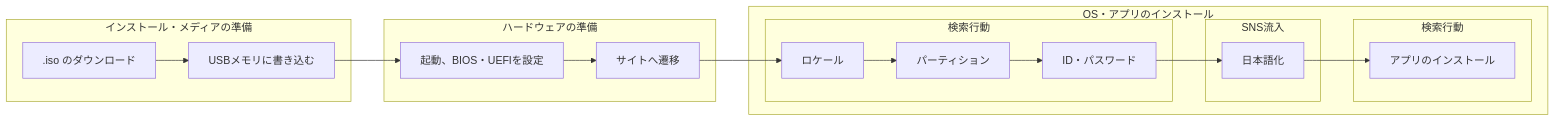
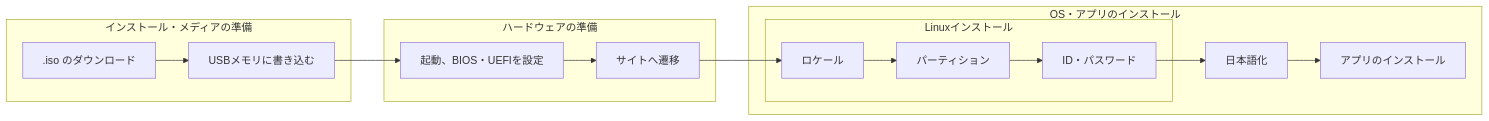
Before and after one commit to hobby-pc2026/linux-install: the diagram in linux-install-02.md, drawn with Mermaid.

````diff
--- a/linux-install-02.md
+++ b/linux-install-02.md
@@ -3,26 +3,22 @@
 ```mermaid
 flowchart LR
     subgraph フェーズ1 [インストール・メディアの準備]
 
             A[.iso のダウンロード] --> B[USBメモリに書き込む]
     end
     subgraph フェーズ2 [ハードウェアの準備]
  
             B --> C[起動、BIOS・UEFIを設定]
 
             C --> E[サイトへ遷移]
      end
     subgraph フェーズ3 [OS・アプリのインストール]
-        subgraph サブ5 [検索行動]
+        subgraph サブ5 [Linuxインストール]
             E --> F[ロケール]
             F --> G[パーティション]
             G --> H[ID・パスワード] 
         end
-        subgraph サブ8 [SNS流入]
             H --> I[日本語化]
-        end
-        subgraph サブ9 [検索行動]
             I --> J[アプリのインストール]
-        end
-    end
+     end
 ```
````
